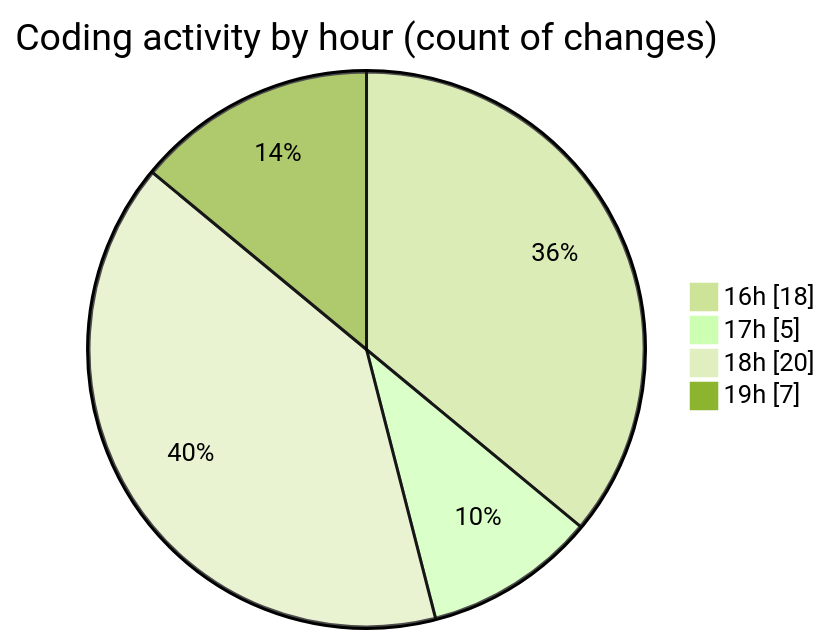
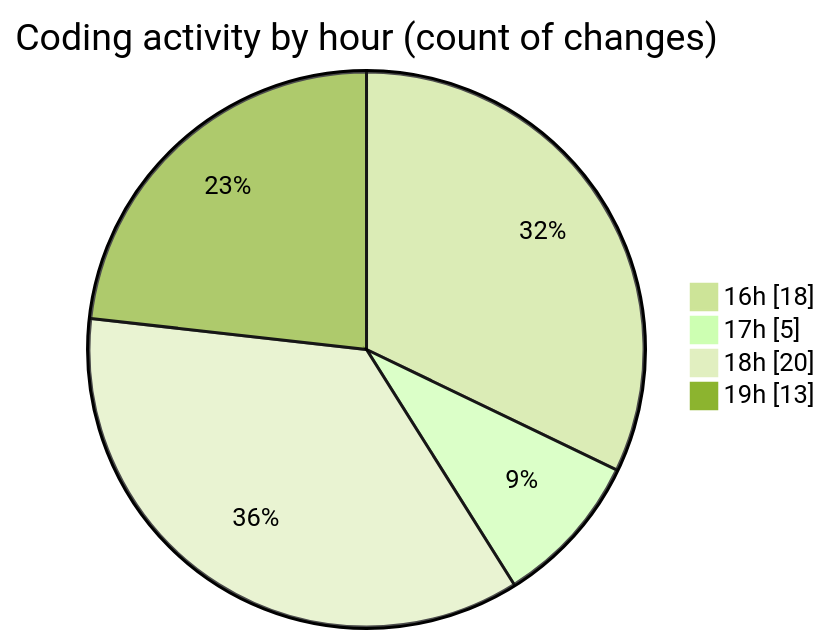
Before and after one commit to donsfak/code-tracking: the second of 2 diagrams in 2025-02-27/uber_clone/README.md, drawn with Mermaid (forest theme). The commit also changed other lines of this file and 1 other file, not shown here.

````diff
--- a/2025-02-27/uber_clone/README.md
+++ b/2025-02-27/uber_clone/README.md
@@ -29,8 +29,8 @@
 ```mermaid
 pie showData
 title Coding activity by hour (count of changes)
 "16h" : 18
 "17h" : 5
 "18h" : 20
-"19h" : 7
+"19h" : 13
 ```
````
